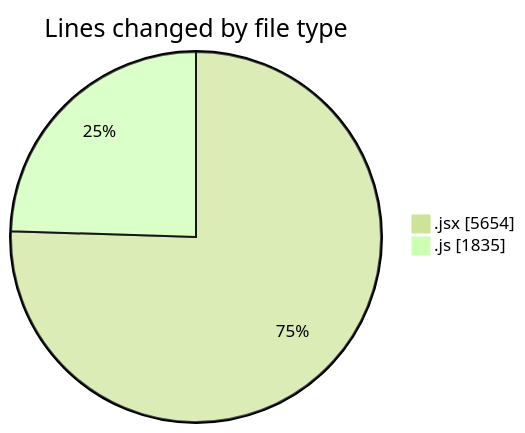
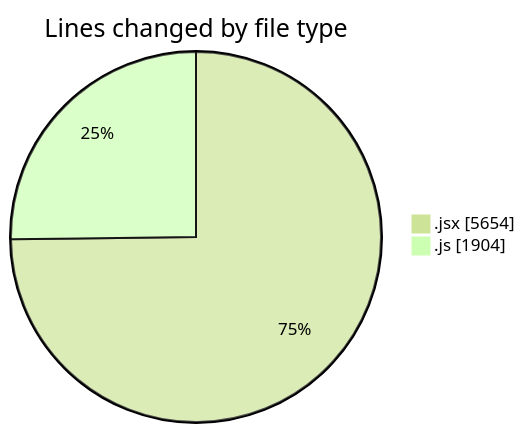
Before and after one commit to nxtqubesakshisongat/code-tracking: the first of 2 diagrams in 2025-12-24/nxtqube_webapp/README.md, drawn with Mermaid (forest theme). The commit also changed other lines of this file and 1 other file, not shown here.

````diff
--- a/2025-12-24/nxtqube_webapp/README.md
+++ b/2025-12-24/nxtqube_webapp/README.md
@@ -24,6 +24,6 @@
 ```mermaid
 pie showData
 title Lines changed by file type
 ".jsx" : 5654
-".js" : 1835
+".js" : 1904
 ```
````
